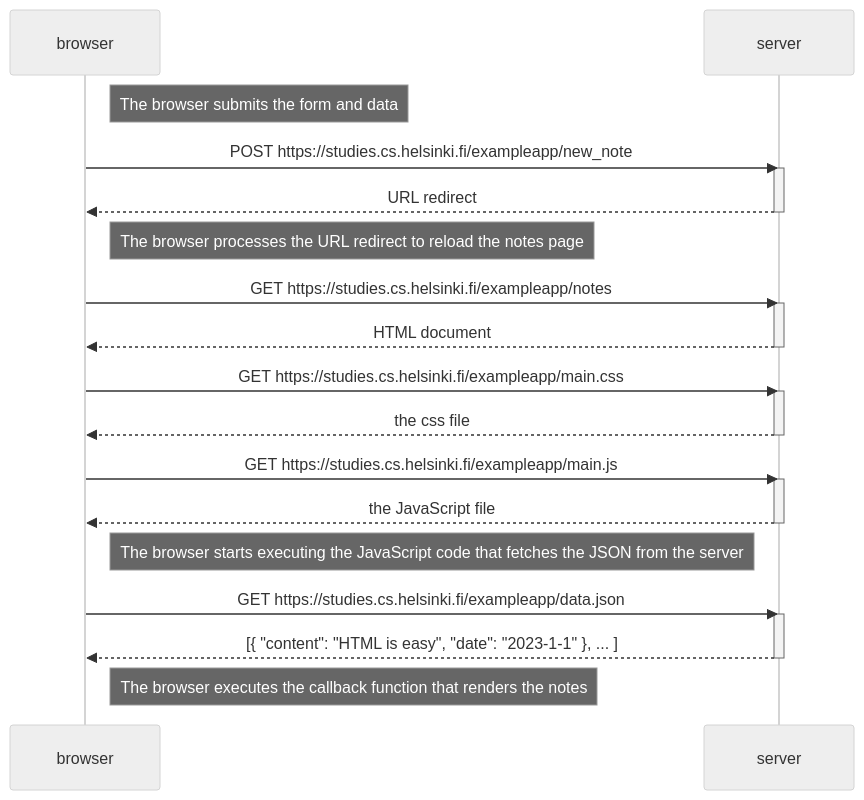
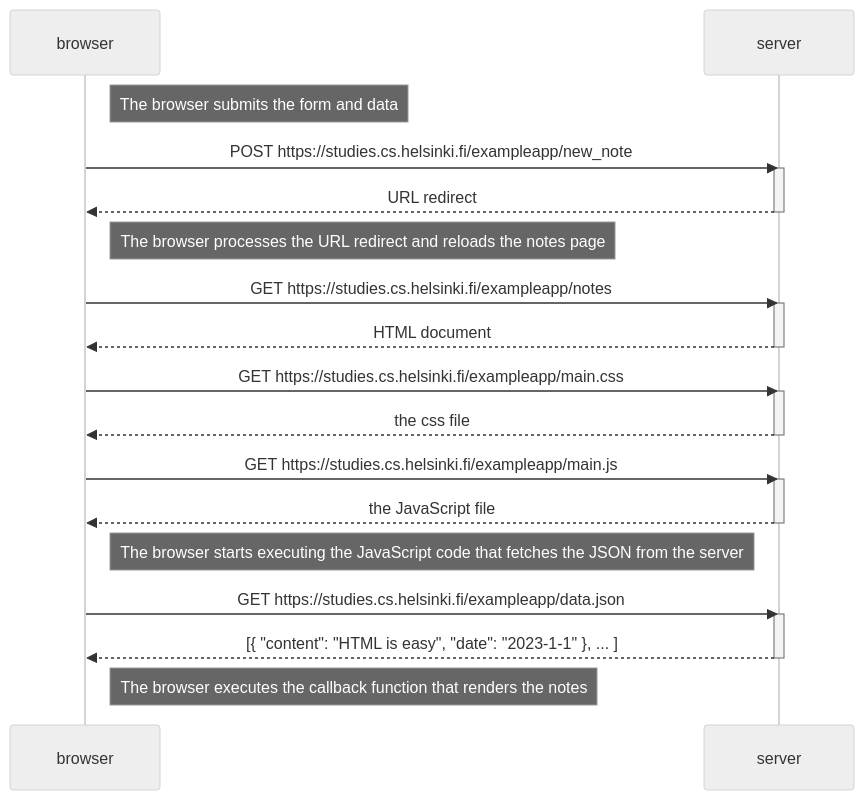
One commit to CatoTheYounger97/fso-part0 changed the diagram in 04-new-note-diagram.md. Above: the diagram before and after it, drawn with Mermaid (neutral theme).

````diff
--- a/04-new-note-diagram.md
+++ b/04-new-note-diagram.md
@@ -2,38 +2,38 @@
 ```mermaid
 sequenceDiagram
     participant browser
     participant server
 
     Note right of browser: The browser submits the form and data
 
     browser->>server: POST https://studies.cs.helsinki.fi/exampleapp/new_note
     activate server
     server-->>browser: URL redirect
     deactivate server
 
-    Note right of browser: The browser processes the URL redirect to reload the notes page
+    Note right of browser: The browser processes the URL redirect and reloads the notes page
 
     browser->>server: GET https://studies.cs.helsinki.fi/exampleapp/notes
     activate server
     server-->>browser: HTML document
     deactivate server
 
     browser->>server: GET https://studies.cs.helsinki.fi/exampleapp/main.css
     activate server
     server-->>browser: the css file
     deactivate server
 
     browser->>server: GET https://studies.cs.helsinki.fi/exampleapp/main.js
     activate server
     server-->>browser: the JavaScript file
     deactivate server
 
     Note right of browser: The browser starts executing the JavaScript code that fetches the JSON from the server
 
     browser->>server: GET https://studies.cs.helsinki.fi/exampleapp/data.json
     activate server
     server-->>browser: [{ "content": "HTML is easy", "date": "2023-1-1" }, ... ]
     deactivate server
 
     Note right of browser: The browser executes the callback function that renders the notes
 ```
````
